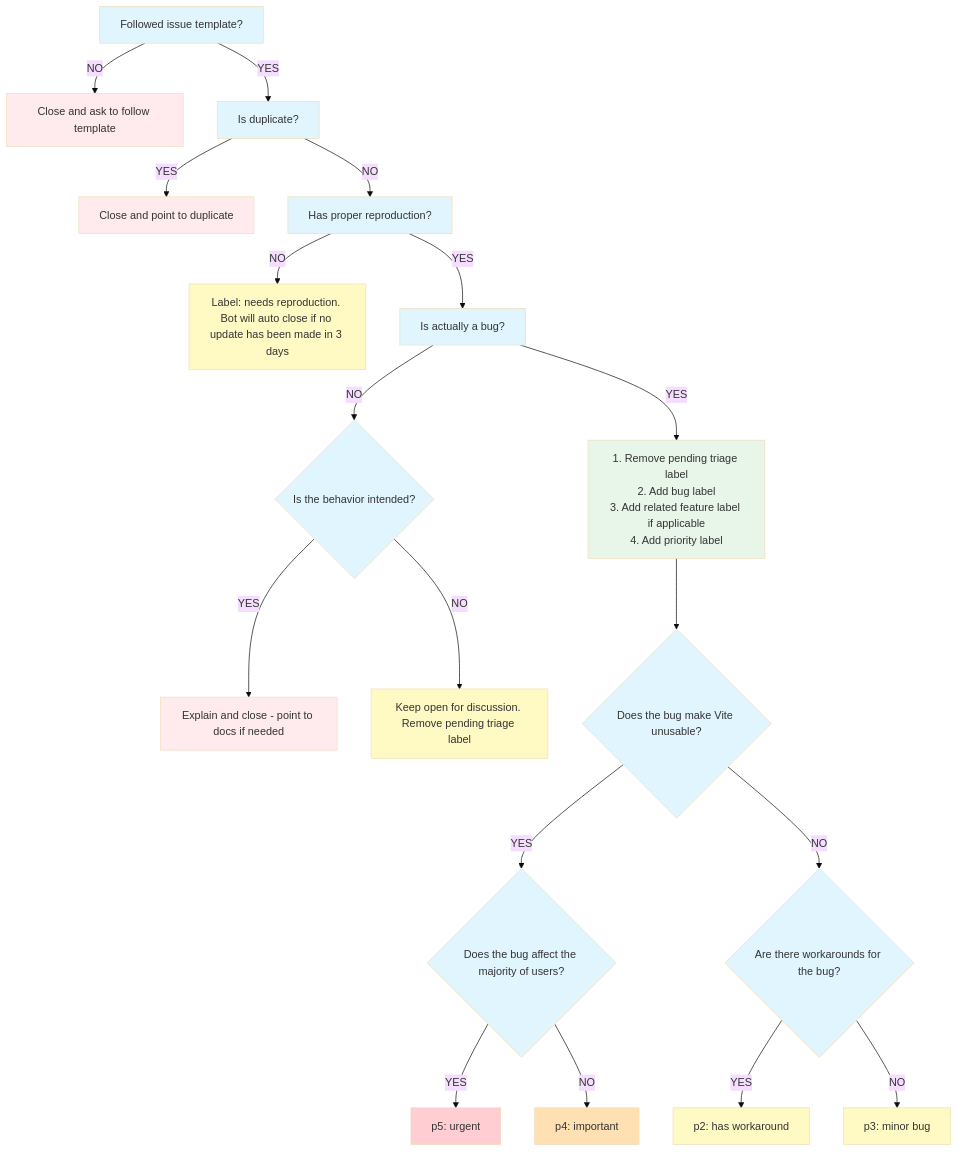
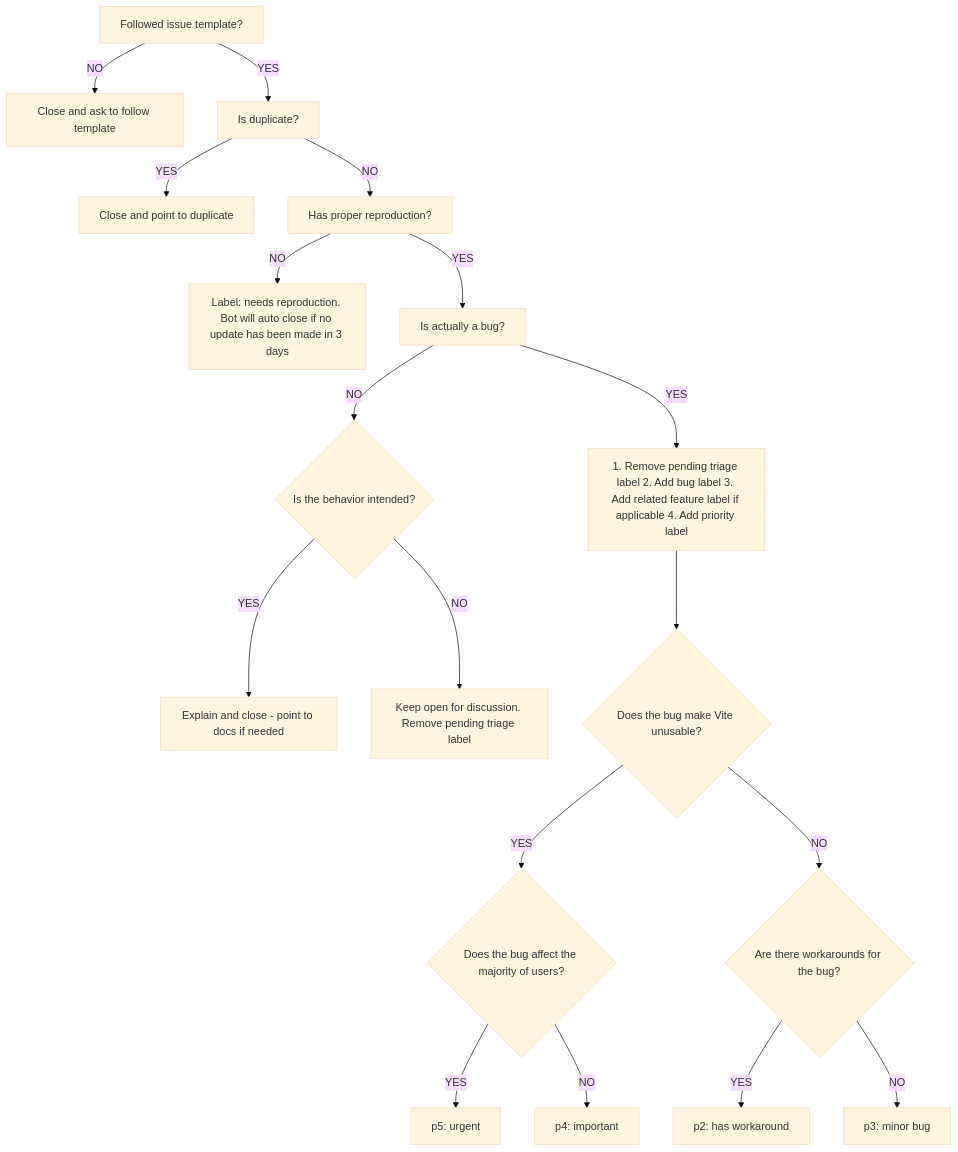
Before and after one commit to dallay/starter-gradle: the diagram in .github/assets/issue-workflow.mmd, drawn with Mermaid (base theme). The commit also changed 5 other files, not shown here.

```diff
--- a/.github/assets/issue-workflow.mmd
+++ b/.github/assets/issue-workflow.mmd
@@ -1,40 +1,18 @@
 flowchart TD
-    A["Followed issue template?"] -->|NO| B["Close and ask to follow template"]
-    A -->|YES| C["Is duplicate?"]
-    C -->|YES| D["Close and point to duplicate"]
-    C -->|NO| E["Has proper reproduction?"]
-    E -->|NO| F["Label: needs reproduction. Bot will auto close if no update has been made in 3 days"]
-    E -->|YES| G["Is actually a bug?"]
-    G -->|NO| H{"Is the behavior intended?"}
-    H -->|YES| I["Explain and close - point to docs if needed"]
-    H -->|NO| J["Keep open for discussion. Remove pending triage label"]
-    G -->|YES| K["1. Remove pending triage label<br>2. Add bug label<br>3. Add related feature label if applicable<br>4. Add priority label"]
-    K --> L{"Does the bug make Vite unusable?"}
-    L -->|YES| M{"Does the bug affect the majority of users?"}
-    M -->|YES| N["p5: urgent"]
-    M -->|NO| O["p4: important"]
-    L -->|NO| P{"Are there workarounds for the bug?"}
-    P -->|YES| Q["p2: has workaround"]
-    P -->|NO| R["p3: minor bug"]
-    
-    style A fill:#e1f5fe
-    style C fill:#e1f5fe
-    style E fill:#e1f5fe
-    style G fill:#e1f5fe
-    style H fill:#e1f5fe
-    style L fill:#e1f5fe
-    style M fill:#e1f5fe
-    style P fill:#e1f5fe
-    
-    style B fill:#ffebee
-    style D fill:#ffebee
-    style I fill:#ffebee
-    
-    style F fill:#fff9c4
-    style J fill:#fff9c4
-    style Q fill:#fff9c4
-    style R fill:#fff9c4
-    
-    style K fill:#e8f5e9
-    style N fill:#ffcdd2
-    style O fill:#ffe0b2
+  A["Followed issue template?"] -->|NO| B["Close and ask to follow template"]
+  A -->|YES| C["Is duplicate?"]
+  C -->|YES| D["Close and point to duplicate"]
+  C -->|NO| E["Has proper reproduction?"]
+  E -->|NO| F["Label: needs reproduction. Bot will auto close if no update has been made in 3 days"]
+  E -->|YES| G["Is actually a bug?"]
+  G -->|NO| H{"Is the behavior intended?"}
+  H -->|YES| I["Explain and close - point to docs if needed"]
+  H -->|NO| J["Keep open for discussion. Remove pending triage label"]
+  G -->|YES| K["1. Remove pending triage label 2. Add bug label 3. Add related feature label if applicable 4. Add priority label"]
+  K --> L{"Does the bug make Vite unusable?"}
+  L -->|YES| M{"Does the bug affect the majority of users?"}
+  M -->|YES| N["p5: urgent"]
+  M -->|NO| O["p4: important"]
+  L -->|NO| P{"Are there workarounds for the bug?"}
+  P -->|YES| Q["p2: has workaround"]
+  P -->|NO| R["p3: minor bug"]
```
